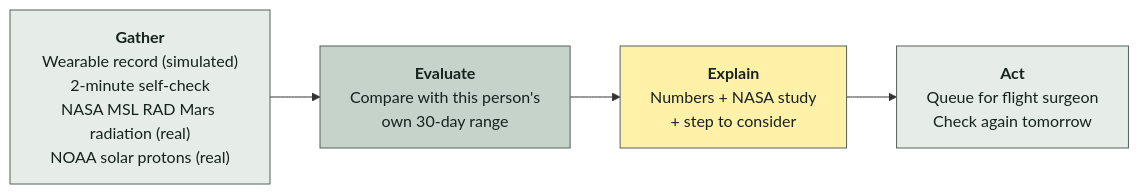
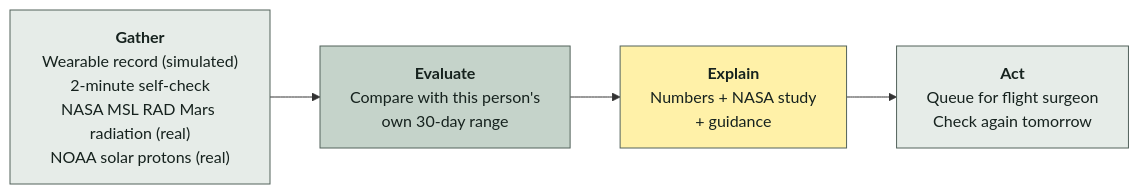
Before and after one commit to obsidianprimeofficial-alt/baseline: the first of 2 diagrams in README.md, drawn with Mermaid. The commit also changed other lines of this file and 16 other files, not shown here.

````diff
--- a/README.md
+++ b/README.md
@@ -23,10 +23,10 @@
 ```mermaid
 flowchart LR
     A["<b>Gather</b><br/>Wearable record (simulated)<br/>2-minute self-check<br/>NASA MSL RAD Mars radiation (real)<br/>NOAA solar protons (real)"] --> B["<b>Evaluate</b><br/>Compare with this person's<br/>own 30-day range"]
-    B --> C["<b>Explain</b><br/>Numbers + NASA study<br/>+ step to consider"]
+    B --> C["<b>Explain</b><br/>Numbers + NASA study<br/>+ guidance"]
     C --> D["<b>Act</b><br/>Queue for flight surgeon<br/>Check again tomorrow"]
     style A fill:#E6ECE8,stroke:#52625B,color:#16221E
     style B fill:#C5D3CA,stroke:#52625B,color:#16221E
     style C fill:#FFF1A8,stroke:#52625B,color:#16221E
     style D fill:#E6ECE8,stroke:#52625B,color:#16221E
 ```
````
